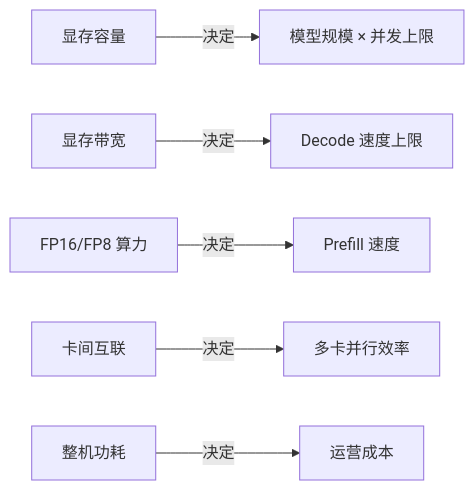
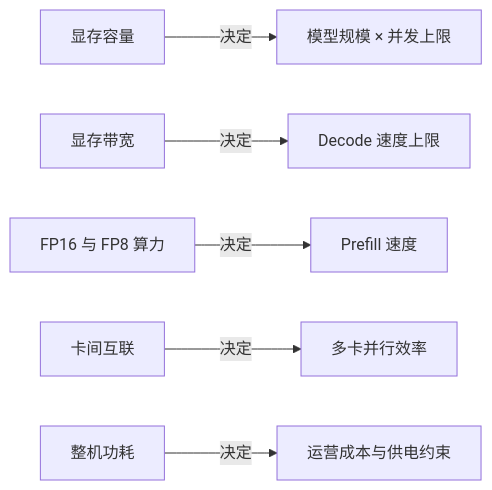
One commit to shuifans/cloud-ai-knowledge-base changed the first of 3 diagrams in docs/ai/infra/inference/gpu-sizing.md. Above: the diagram before and after it, drawn with Mermaid. The commit also changed other lines of this file and 294 other files, not shown here.

First line of the commit message:
更新: 全站 35 篇文章对标 speech-gen 全面升级（深度/配图/引用/决策图）

````diff
--- a/docs/ai/infra/inference/gpu-sizing.md
+++ b/docs/ai/infra/inference/gpu-sizing.md
@@ -25,8 +23,8 @@
 ```mermaid
 flowchart LR
   A[显存容量] -->|决定| B[模型规模 × 并发上限]
   C[显存带宽] -->|决定| D[Decode 速度上限]
-  E[FP16/FP8 算力] -->|决定| F[Prefill 速度]
+  E[FP16 与 FP8 算力] -->|决定| F[Prefill 速度]
   G[卡间互联] -->|决定| H[多卡并行效率]
-  I[整机功耗] -->|决定| J[运营成本]
+  I[整机功耗] -->|决定| J[运营成本与供电约束]
 ```
````
